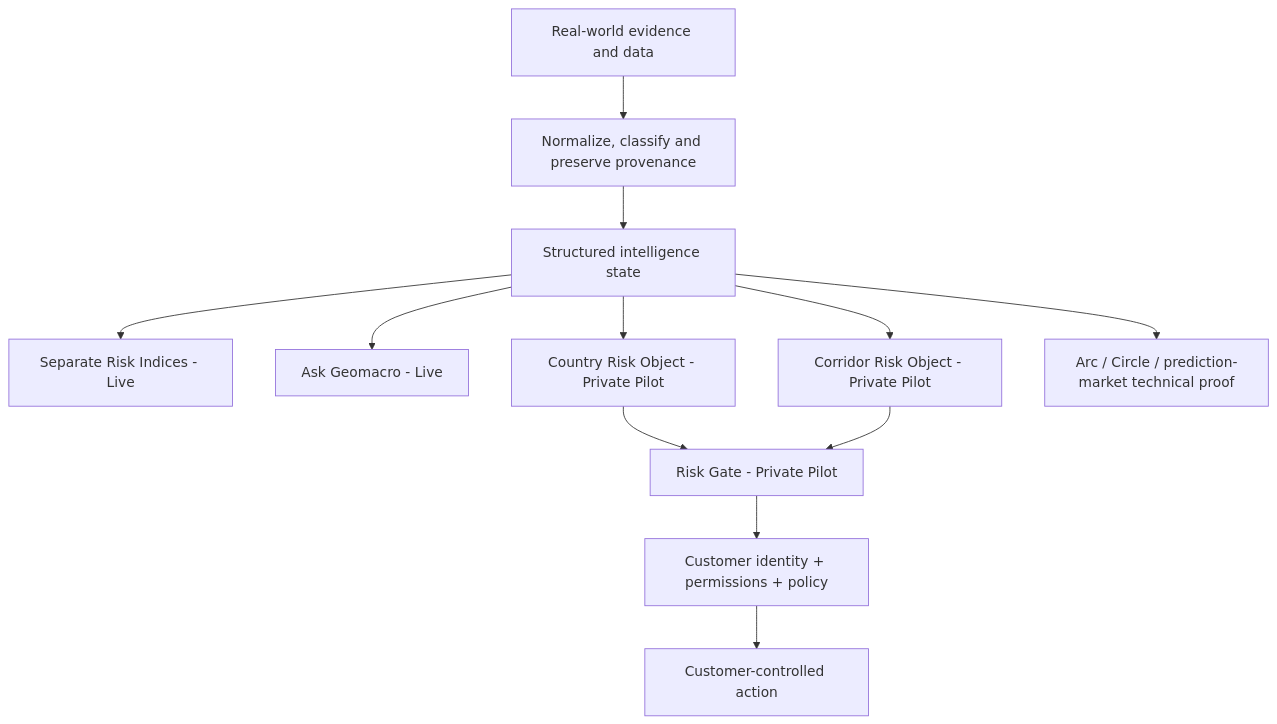
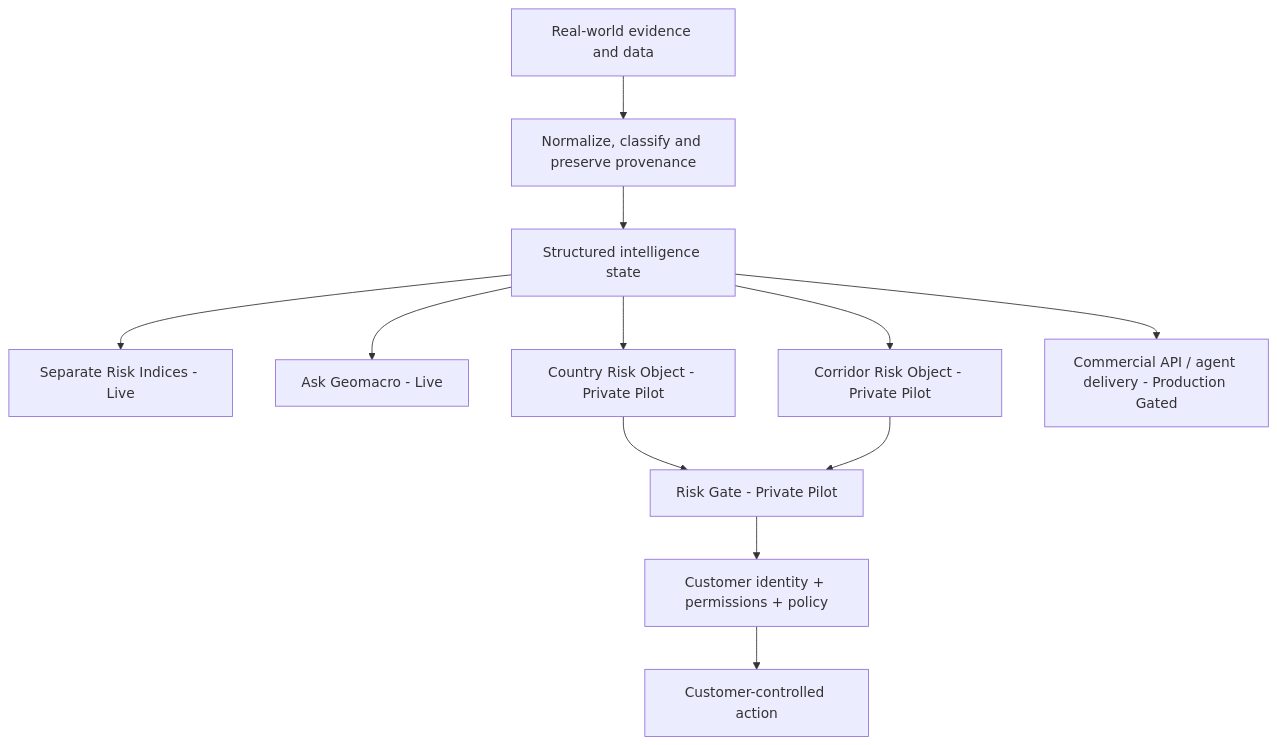
The first of 2 diagrams in src/content/docs/02-product-architecture.md (blocknine0/geomacro), drawn with Mermaid before and after one commit. The commit also changed other lines of this file and 244 other files, not shown here.

First line of the commit message:
Commercial-only website and production-mode cleanup (#1708)

````diff
--- a/src/content/docs/02-product-architecture.md
+++ b/src/content/docs/02-product-architecture.md
@@ -7,14 +7,14 @@
 ```mermaid
 flowchart TD
     EVIDENCE["Real-world evidence and data"] --> NORMALIZE["Normalize, classify and preserve provenance"]
     NORMALIZE --> STATE["Structured intelligence state"]
     STATE --> INDICES["Separate Risk Indices - Live"]
     STATE --> ASK["Ask Geomacro - Live"]
     STATE --> COUNTRY["Country Risk Object - Private Pilot"]
     STATE --> CORRIDOR["Corridor Risk Object - Private Pilot"]
+    STATE --> DELIVERY["Commercial API / agent delivery - Production Gated"]
     COUNTRY --> GATE["Risk Gate - Private Pilot"]
     CORRIDOR --> GATE
     GATE --> POLICY["Customer identity + permissions + policy"]
     POLICY --> ACTION["Customer-controlled action"]
-    STATE --> TECH["Arc / Circle / prediction-market technical proof"]
 ```
````
